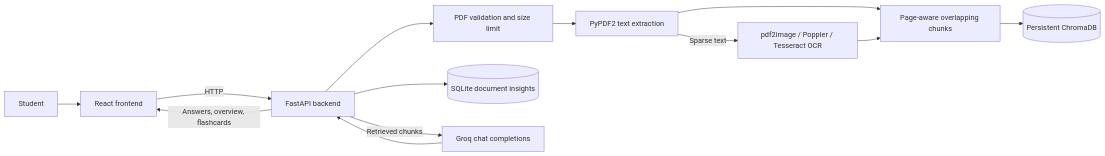
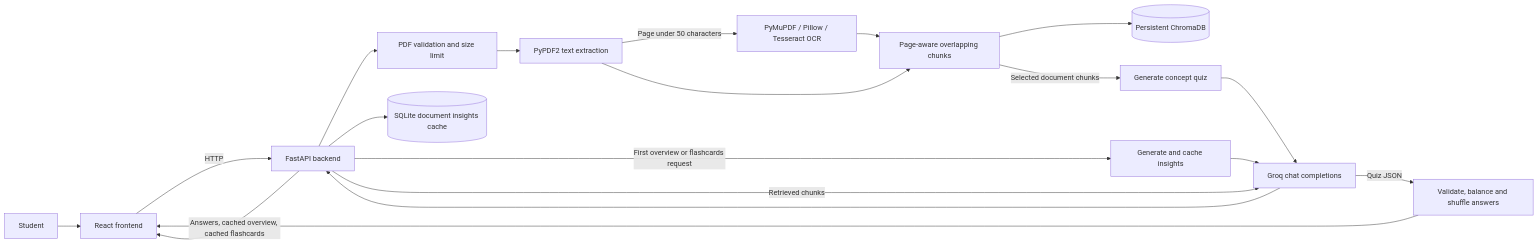
Before and after one commit to Sidharth-007-code/NoteWise: the diagram in README.md, drawn with Mermaid. The commit also changed other lines of this file and 6 other files, not shown here.

Commit message:
docs: update README for Concept Quiz and current architecture; set version to 1.0 test

````diff
--- a/README.md
+++ b/README.md
@@ -66,15 +89,21 @@
 ``` mermaid
 flowchart LR
   U[Student] --> FE[React frontend]
   FE -->|HTTP| API[FastAPI backend]
   API --> VAL[PDF validation and size limit]
   VAL --> EXT[PyPDF2 text extraction]
-  EXT -->|Sparse text| OCR[pdf2image / Poppler / Tesseract OCR]
+  EXT -->|Page under 50 characters| OCR[PyMuPDF / Pillow / Tesseract OCR]
   EXT --> CH[Page-aware overlapping chunks]
   OCR --> CH
   CH --> VDB[(Persistent ChromaDB)]
-  API --> SQL[(SQLite document insights)]
+  API --> SQL[(SQLite document insights cache)]
+  API -->|First overview or flashcards request| LAZY[Generate and cache insights]
+  LAZY --> GROQ
   API -->|Retrieved chunks| GROQ[Groq chat completions]
+  CH -->|Selected document chunks| QUIZ[Generate concept quiz]
+  QUIZ --> GROQ
+  GROQ -->|Quiz JSON| VALIDATE[Validate, balance and shuffle answers]
+  VALIDATE --> FE
   GROQ --> API
-  API -->|Answers, overview, flashcards| FE
+  API -->|Answers, cached overview, cached flashcards| FE
 ```
````
